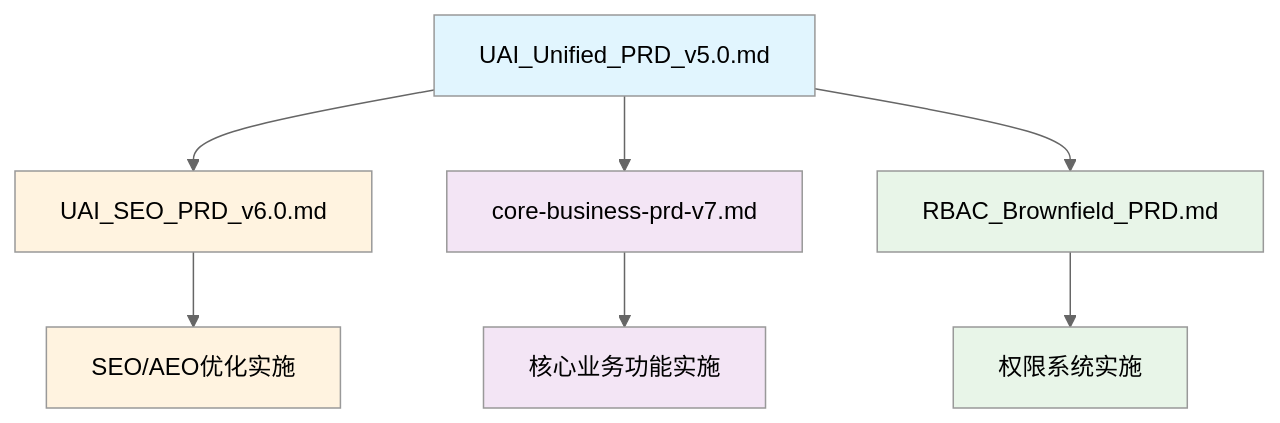
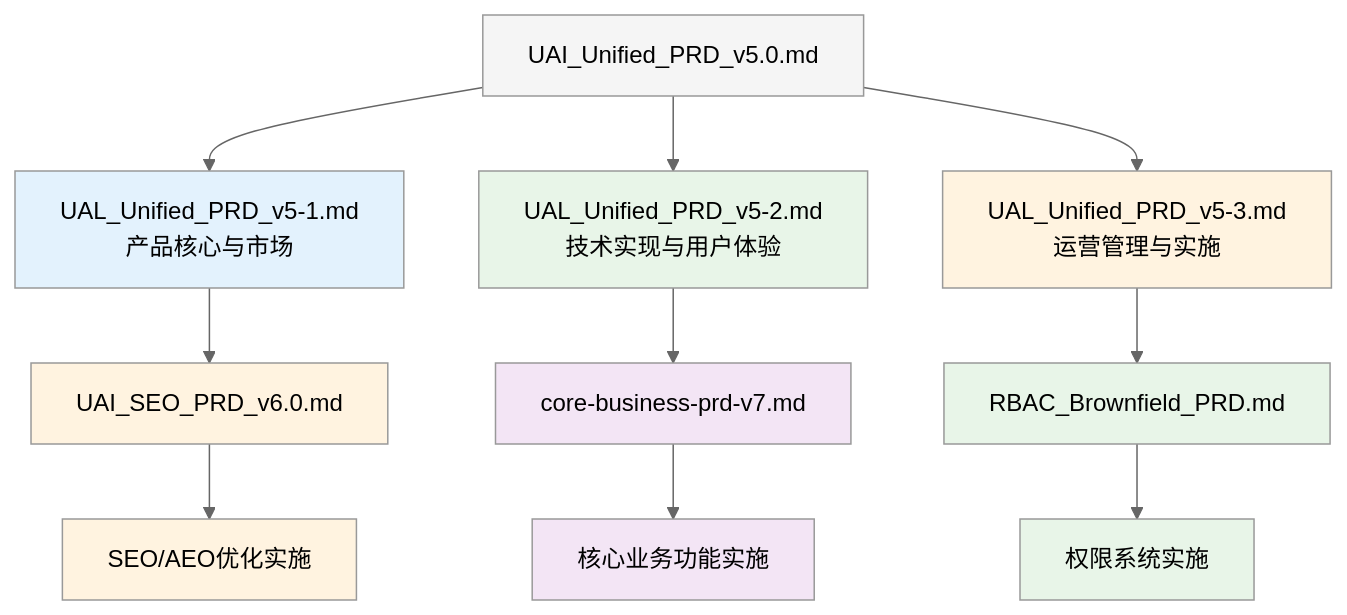
The diagram in docs/PRD-Management.md (hy98982002/u1), drawn with Mermaid (neutral theme) before and after one commit. The commit also changed other lines of this file and 29 other files, not shown here.

````diff
--- a/docs/PRD-Management.md
+++ b/docs/PRD-Management.md
@@ -9,17 +9,25 @@
 ```mermaid
 graph TD
-    A[UAI_Unified_PRD_v5.0.md] --> B[UAI_SEO_PRD_v6.0.md]
-    A --> C[core-business-prd-v7.md]
-    A --> F[RBAC_Brownfield_PRD.md]
+    A[UAI_Unified_PRD_v5.0.md] --> A1[UAL_Unified_PRD_v5-1.md<br/>产品核心与市场]
+    A --> A2[UAL_Unified_PRD_v5-2.md<br/>技术实现与用户体验]
+    A --> A3[UAL_Unified_PRD_v5-3.md<br/>运营管理与实施]
+    
+    A1 --> B[UAI_SEO_PRD_v6.0.md]
+    A2 --> C[core-business-prd-v7.md]
+    A3 --> F[RBAC_Brownfield_PRD.md]
+    
     B --> D[SEO/AEO优化实施]
     C --> E[核心业务功能实施]
     F --> G[权限系统实施]
     
-    style A fill:#e1f5fe
+    style A fill:#f5f5f5
+    style A1 fill:#e3f2fd
+    style A2 fill:#e8f5e8
+    style A3 fill:#fff3e0
     style B fill:#fff3e0
     style C fill:#f3e5f5
     style F fill:#e8f5e8
     style D fill:#fff3e0
     style E fill:#f3e5f5
     style G fill:#e8f5e8
 ```
````
